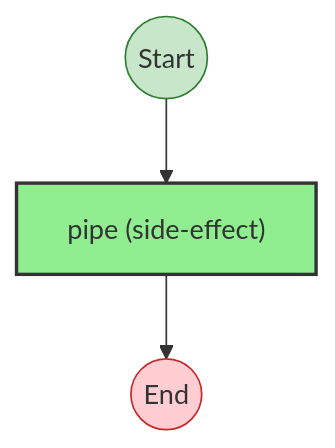
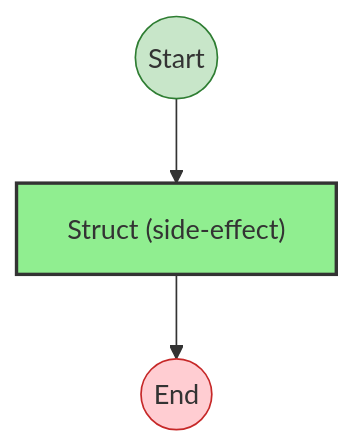
The second of 8 diagrams in apps/docs/samples/observability-transfer/types.effect-analysis.md (jagreehal/effect-analyzer), drawn with Mermaid before and after one commit. The commit also changed other lines of this file and 33 other files, not shown here.

````diff
--- a/apps/docs/samples/observability-transfer/types.effect-analysis.md
+++ b/apps/docs/samples/observability-transfer/types.effect-analysis.md
@@ -59,22 +59,22 @@
 ```mermaid
 flowchart TB
 
   %% Program: TransferInputSchema
 
   start((Start))
   end_node((End))
 
-  n1["pipe (side-effect)"]
+  n1["Struct (side-effect)"]
 
   %% Edges
   start --> n1
   n1 --> end_node
 
   %% Styles
   classDef startStyle fill:#c8e6c9,stroke:#2e7d32
   classDef endStyle fill:#ffcdd2,stroke:#c62828
   classDef effectStyle fill:#90EE90,stroke:#333,stroke-width:2px
   class start startStyle
   class end_node endStyle
   class n1 effectStyle
 ```
````
